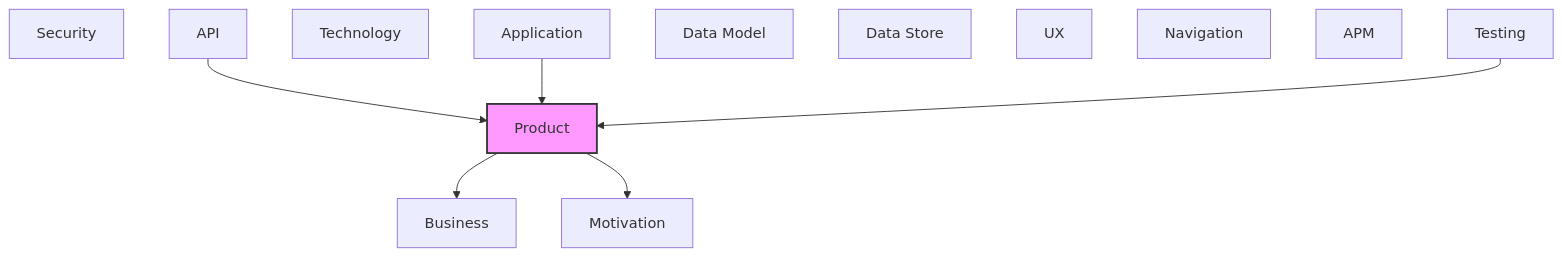
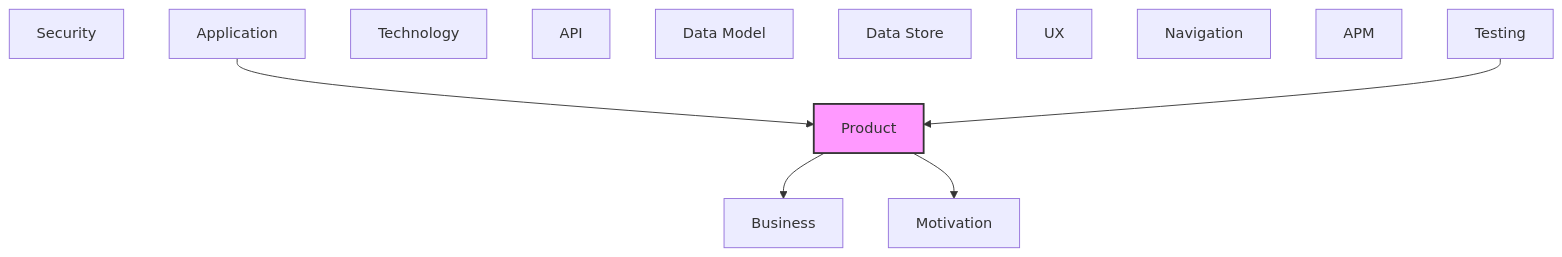
Before and after one commit to tinkermonkey/heimdall: the diagram in documentation-robotics/reports/03-product-layer-report.md, drawn with Mermaid. The commit also changed other lines of this file and 18 other files, not shown here.

````diff
--- a/documentation-robotics/reports/03-product-layer-report.md
+++ b/documentation-robotics/reports/03-product-layer-report.md
@@ -70,23 +70,22 @@
 ```mermaid
 flowchart TB
   classDef current fill:#f9f,stroke:#333,stroke-width:2px
   motivation["Motivation"]
   business["Business"]
   product["Product"]
   security["Security"]
   application["Application"]
   technology["Technology"]
   api["API"]
   data_model["Data Model"]
   data_store["Data Store"]
   ux["UX"]
   navigation["Navigation"]
   apm["APM"]
   testing["Testing"]
-  api --> product
   application --> product
   product --> business
   product --> motivation
   testing --> product
   class product current
 ```
````
